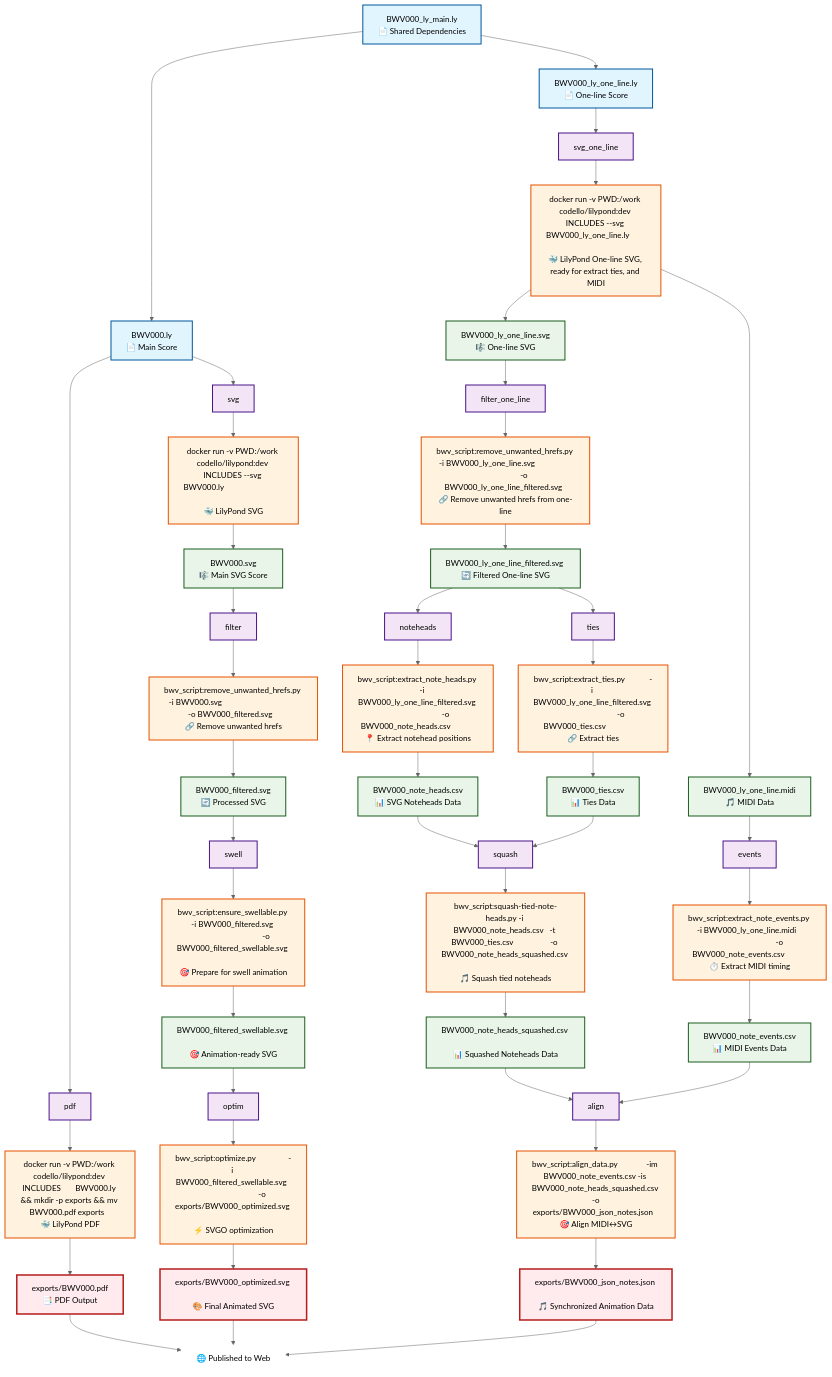
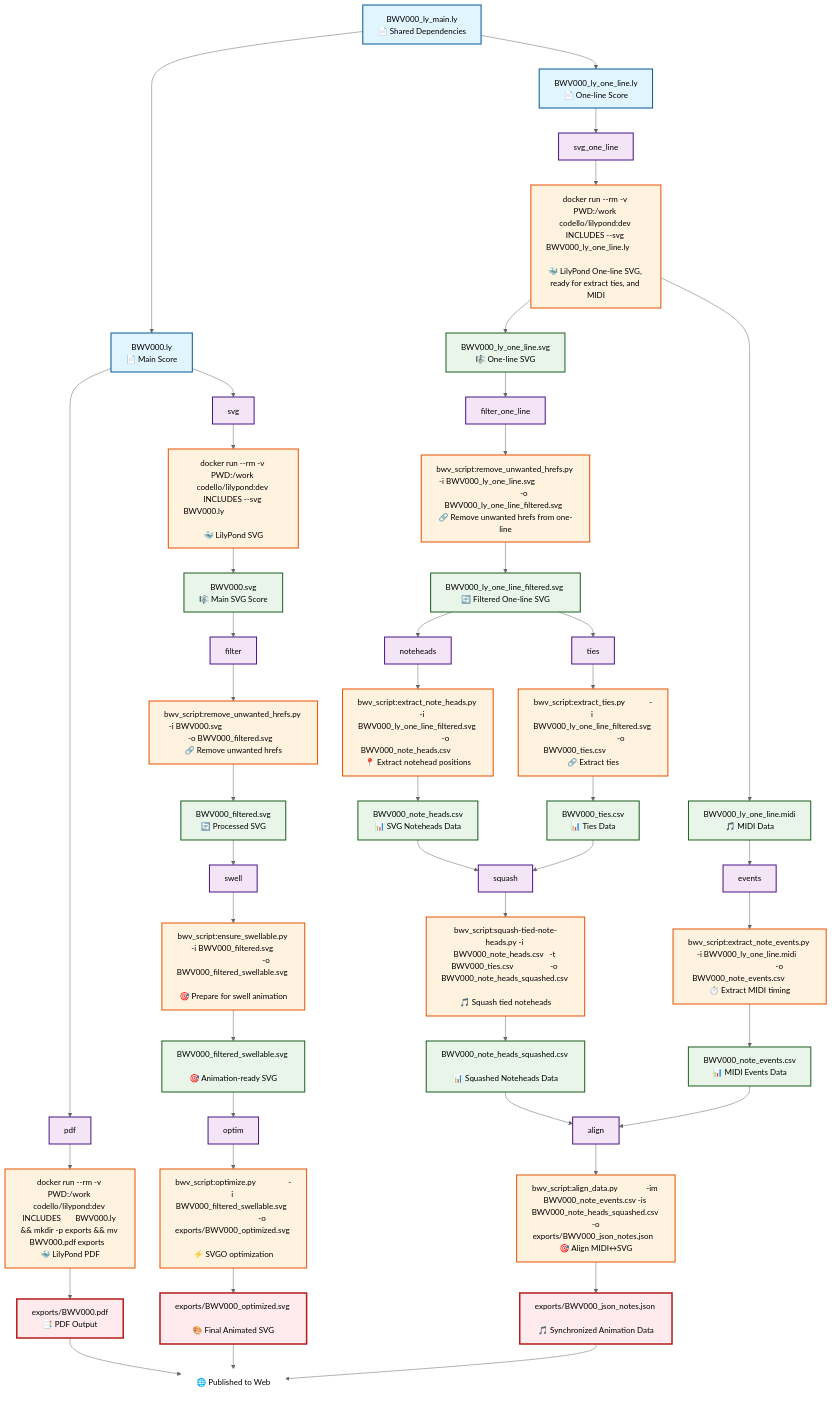
One commit to musicollator/bwv-zeug changed the diagram in invoke/tasks.mmd. Above: the diagram before and after it, drawn with Mermaid.

Commit message:
use short lived docker containers

```diff
--- a/invoke/tasks.mmd
+++ b/invoke/tasks.mmd
@@ -1,153 +1,153 @@
 %%{init: {'theme':'neutral'}}%%
 graph TD
 
 %% python tasks_mermaid_generator.py -i tasks.mmd -o tasks_generated.py
 
 %% ============================================================================
 %% INPUT NODES
 %% ============================================================================
 I1[BWV000.ly<br/>📄 Main Score]
 I2[BWV000_ly_one_line.ly<br/>📄 One-line Score]
 I3[BWV000_ly_main.ly<br/>📄 Shared Dependencies]
 
 %% ============================================================================
 %% TASK NODES
 %% ============================================================================
 T1[pdf]
 T2[svg]
 T3[svg_one_line]
 T4[filter]
 T5[swell]
 T6[optim]
 T7[noteheads]
 T8[events]
 T9[align]
 T0[ties]
 T11[squash]
 T12[filter_one_line]
 
 %% ============================================================================
 %% RUNNABLE NODES
 %% ============================================================================
-R1[docker run -v PWD:/work codello/lilypond:dev INCLUDES       BWV000.ly && mkdir -p exports && mv BWV000.pdf exports   <br/>🐳 LilyPond PDF]
-R2[docker run -v PWD:/work codello/lilypond:dev INCLUDES --svg BWV000.ly                                                <br/>🐳 LilyPond SVG]
-R3[docker run -v PWD:/work codello/lilypond:dev INCLUDES --svg BWV000_ly_one_line.ly                                    <br/>🐳 LilyPond One-line SVG, ready for extract ties, and MIDI]
+R1[docker run --rm -v PWD:/work codello/lilypond:dev INCLUDES       BWV000.ly && mkdir -p exports && mv BWV000.pdf exports   <br/>🐳 LilyPond PDF]
+R2[docker run --rm -v PWD:/work codello/lilypond:dev INCLUDES --svg BWV000.ly                                                <br/>🐳 LilyPond SVG]
+R3[docker run --rm -v PWD:/work codello/lilypond:dev INCLUDES --svg BWV000_ly_one_line.ly                                    <br/>🐳 LilyPond One-line SVG, ready for extract ties, and MIDI]
 R4[bwv_script:remove_unwanted_hrefs.py   -i BWV000.svg                                                  -o BWV000_filtered.svg              <br/>🔗 Remove unwanted hrefs]
 R5[bwv_script:ensure_swellable.py        -i BWV000_filtered.svg                                         -o BWV000_filtered_swellable.svg    <br/>🎯 Prepare for swell animation]
 R6[bwv_script:optimize.py                -i BWV000_filtered_swellable.svg                               -o exports/BWV000_optimized.svg     <br/>⚡ SVGO optimization]
 R8[bwv_script:extract_note_events.py     -i BWV000_ly_one_line.midi                                     -o BWV000_note_events.csv           <br/>⏱️ Extract MIDI timing]
 R7[bwv_script:extract_note_heads.py      -i BWV000_ly_one_line_filtered.svg                             -o BWV000_note_heads.csv            <br/>📍 Extract notehead positions]
 R0[bwv_script:extract_ties.py            -i BWV000_ly_one_line_filtered.svg                             -o BWV000_ties.csv                  <br/>🔗 Extract ties]
 R11[bwv_script:squash-tied-note-heads.py -i BWV000_note_heads.csv   -t BWV000_ties.csv                  -o BWV000_note_heads_squashed.csv   <br/>🎵 Squash tied noteheads]
 R9[bwv_script:align_data.py              -im BWV000_note_events.csv -is BWV000_note_heads_squashed.csv  -o exports/BWV000_json_notes.json   <br/>🎯 Align MIDI↔SVG]
 R12[bwv_script:remove_unwanted_hrefs.py  -i BWV000_ly_one_line.svg                                      -o BWV000_ly_one_line_filtered.svg  <br/>🔗 Remove unwanted hrefs from one-line]
 
 %% ============================================================================
 %% OUTPUT NODES
 %% ============================================================================
 O2[BWV000.svg                       <br/>🎼 Main SVG Score]
 O3[BWV000_ly_one_line.svg           <br/>🎼 One-line SVG]
 O4[BWV000_ly_one_line.midi          <br/>🎵 MIDI Data]
 O5[BWV000_filtered.svg              <br/>🔄 Processed SVG]
 O6[BWV000_filtered_swellable.svg    <br/>🎯 Animation-ready SVG]
 O7[BWV000_note_heads.csv            <br/>📊 SVG Noteheads Data]
 O8[BWV000_note_events.csv           <br/>📊 MIDI Events Data]
 O9[BWV000_ties.csv                  <br/>📊 Ties Data]
 O10[BWV000_note_heads_squashed.csv  <br/>📊 Squashed Noteheads Data]
 O11[BWV000_ly_one_line_filtered.svg <br/>🔄 Filtered One-line SVG]
 
 %% ============================================================================
 %% EXPORT NODES
 %% ============================================================================
 E3[exports/BWV000.pdf               <br/>📑 PDF Output]
 E1[exports/BWV000_optimized.svg     <br/>🎨 Final Animated SVG]
 E2[exports/BWV000_json_notes.json   <br/>🎵 Synchronized Animation Data]
 
 %% ============================================================================
 %% DEPENDENCY RELATIONSHIPS
 %% ============================================================================
 %% Shared dependencies
 I3 --> I1
 I3 --> I2
 
 %% Input to task relationships
 I1 --> T1
 I1 --> T2
 I2 --> T3
 
 %% Task to runnable relationships
 T1 --> R1
 T2 --> R2
 T3 --> R3
 T4 --> R4
 T5 --> R5
 T6 --> R6
 T7 --> R7
 T8 --> R8
 T9 --> R9
 T0 --> R0
 T11 --> R11
 T12 --> R12
 
 %% Runnable to output relationships
 R2 --> O2
 R3 --> O3
 R3 --> O4
 R0 --> O9
 R7 --> O7
 R8 --> O8
 R11 --> O10
 R12 --> O11
 
 %% SVG processing chain (main)
 O2 --> T4
 R4 --> O5
 O5 --> T5
 R5 --> O6
 O6 --> T6
 
 %% SVG processing chain (one-line)
 O3 --> T12
 
 %% Data extraction parallel branches (now from filtered one-line)
 O11 --> T7
 O11 --> T0
 O4 --> T8
 
 %% Squash tied noteheads step
 O7 --> T11
 O9 --> T11
 
 %% Final data alignment (now uses squashed noteheads)
 O10 --> T9
 O8 --> T9
 
 %% Final export
 R1 --> E3
 R6 --> E1
 R9 --> E2
 
 %% ============================================================================
 %% STYLING
 %% ============================================================================
 classDef input fill:#e1f5fe,stroke:#01579b,stroke-width:2px
 classDef task fill:#f3e5f5,stroke:#4a148c,stroke-width:2px
 classDef output fill:#e8f5e8,stroke:#1b5e20,stroke-width:2px
 classDef runnable fill:#fff3e0,stroke:#e65100,stroke-width:2px
 classDef export fill:#ffebee,stroke:#b71c1c,stroke-width:3px
 
 class I1,I2,I3 input
 class T1,T2,T3,T4,T5,T6,T7,T8,T9,T0,T10,T11,T12 task
 class O2,O3,O4,O5,O6,O7,O8,O9,O10,O11 output
 class R1,R2,R3,R4,R5,R6,R7,R8,R9,R0,R11,R12 runnable
 class E3,E1,E2 export
 
 %% ============================================================================
 %% BOTTOM ALIGNMENT HACK
 %% ============================================================================
 T10["🌐 Published to Web"]
 style T10 fill:#ffffff,stroke:#ffffff
 
 E1 --> T10
 E2 --> T10
 E3 --> T10
```
